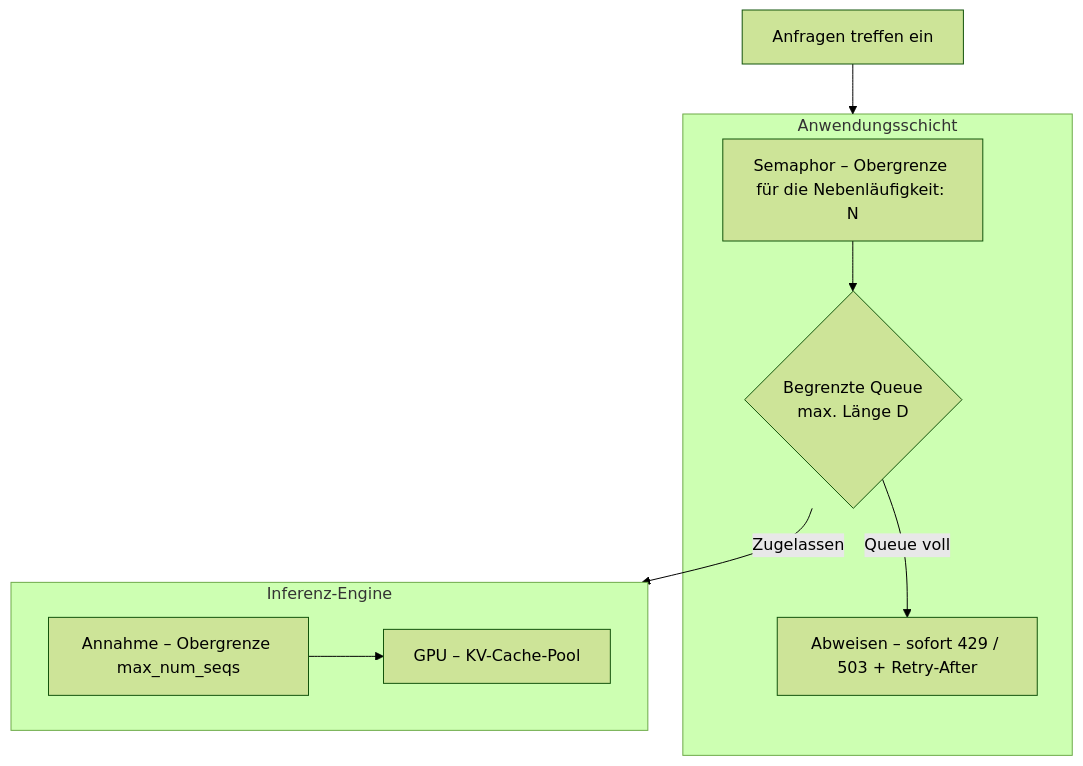
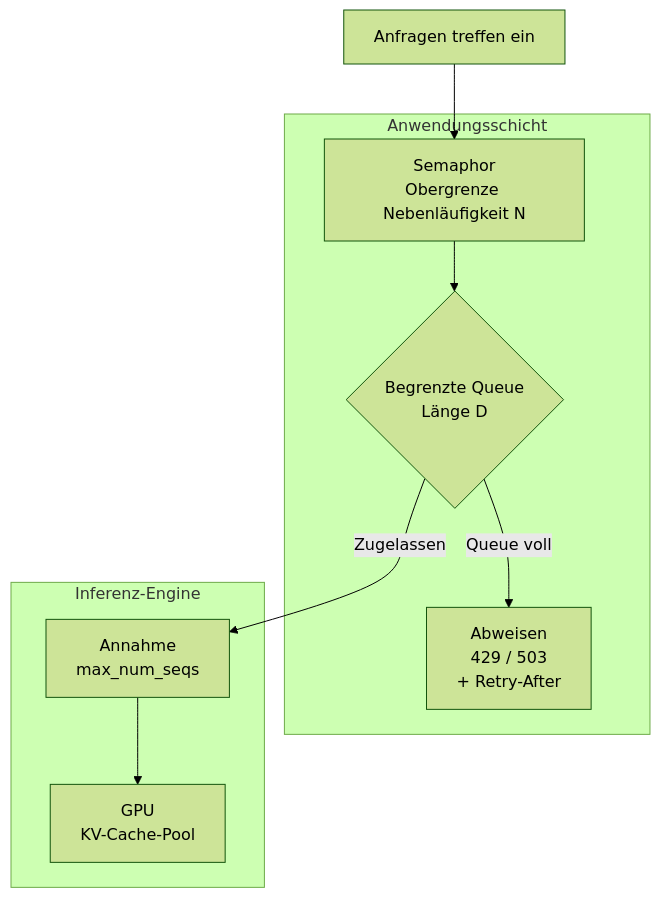
Before and after one commit to NikolaiSachok/ai-engineering-handbook: the first of 2 diagrams in i18n/de/docusaurus-plugin-content-docs/current/part-3-production/serving/deep-dive.md, drawn with Mermaid (forest theme). The commit also changed other lines of this file and 75 other files, not shown here.

First line of the commit message:
fix(diagrams): re-author wide diagrams, and measure the three locales the gate never saw (#441)

````diff
--- a/i18n/de/docusaurus-plugin-content-docs/current/part-3-production/serving/deep-dive.md
+++ b/i18n/de/docusaurus-plugin-content-docs/current/part-3-production/serving/deep-dive.md
@@ -35,12 +35,12 @@
 ```mermaid
 flowchart TB
-    R["Anfragen treffen ein"] --> AL
+    R["Anfragen treffen ein"] --> SEM
     subgraph AL["Anwendungsschicht"]
-        SEM["Semaphor – Obergrenze für die Nebenläufigkeit: N"] --> Q{"Begrenzte Queue<br/>max. Länge D"}
-        Q -->|"Queue voll"| SHED["Abweisen – sofort 429 / 503 + Retry-After"]
+        SEM["Semaphor<br/>Obergrenze Nebenläufigkeit N"] --> Q{"Begrenzte Queue<br/>Länge D"}
+        Q -->|"Queue voll"| SHED["Abweisen<br/>429 / 503<br/>+ Retry-After"]
     end
-    Q -->|"Zugelassen"| IS
+    Q -->|"Zugelassen"| SCHED
     subgraph IS["Inferenz-Engine"]
-        SCHED["Annahme – Obergrenze max_num_seqs"] --> GPU["GPU – KV-Cache-Pool"]
+        SCHED["Annahme<br/>max_num_seqs"] --> GPU["GPU<br/>KV-Cache-Pool"]
     end
 ```
````
